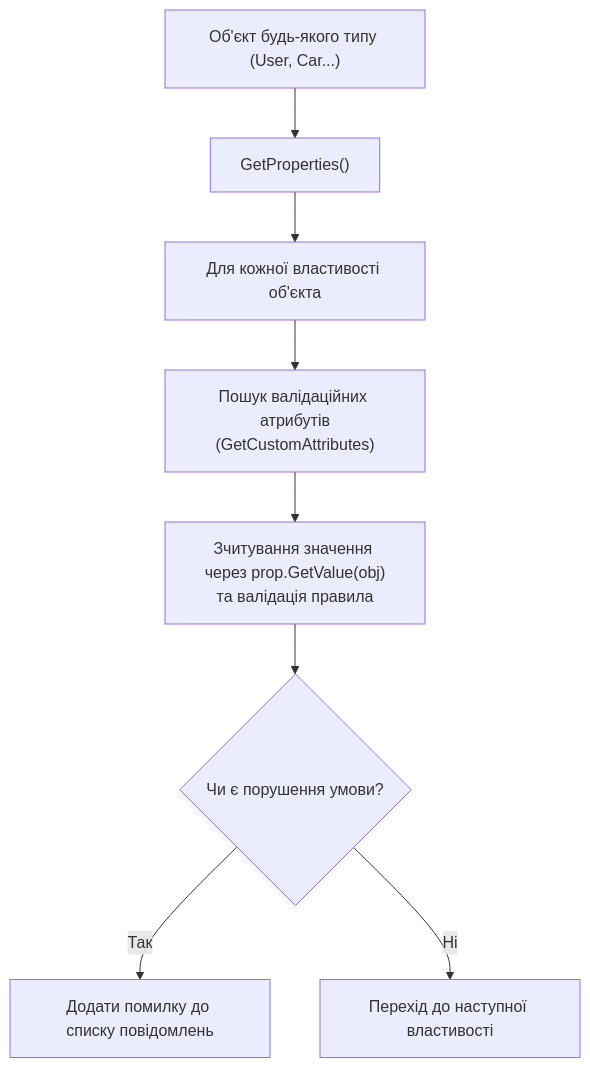
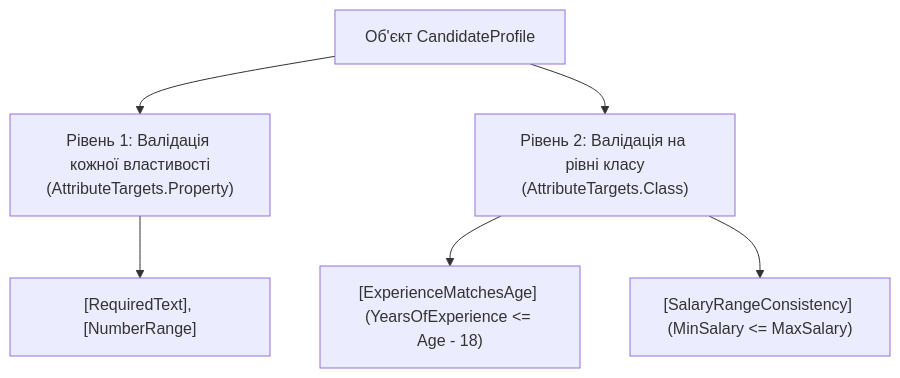
One commit to MrTomkaYurii/CSharp-OOP-Mastery changed the second of 2 diagrams in 06-Advanced-DotNet/02-Reflection-And-Metadata/Docs/04_Attributes_And_Metadata_Validation.md. Above: the diagram before and after it, drawn with Mermaid. The commit also changed other lines of this file and 87 other files, not shown here.

````diff
--- a/06-Advanced-DotNet/02-Reflection-And-Metadata/Docs/04_Attributes_And_Metadata_Validation.md
+++ b/06-Advanced-DotNet/02-Reflection-And-Metadata/Docs/04_Attributes_And_Metadata_Validation.md
@@ -93,10 +73,8 @@
 ```mermaid
 flowchart TD
-    Entity["Об'єкт будь-якого типу (User, Car...)"] --> GetProps["GetProperties()"]
-    GetProps --> LoopProps["Для кожної властивості об'єкта"]
-    LoopProps --> FindAttr["Пошук валідаційних атрибутів<br/>(GetCustomAttributes<T>)"]
-    FindAttr --> Validate["Зчитування значення через prop.GetValue(obj)<br/>та валідація правила"]
-    Validate --> Result{"Чи є порушення умови?"}
-    Result -- Так --> AddErrors["Додати помилку до списку повідомлень"]
-    Result -- Ні --> NextProp["Перехід до наступної властивості"]
+    Entity["Об'єкт CandidateProfile"] --> PropValidation["Рівень 1: Валідація кожної властивості<br/>(AttributeTargets.Property)"]
+    PropValidation --> P1["[RequiredText], [NumberRange]"]
+    Entity --> ClassValidation["Рівень 2: Валідація на рівні класу<br/>(AttributeTargets.Class)"]
+    ClassValidation --> C1["[ExperienceMatchesAge] (YearsOfExperience <= Age - 18)"]
+    ClassValidation --> C2["[SalaryRangeConsistency] (MinSalary <= MaxSalary)"]
 ```
````
